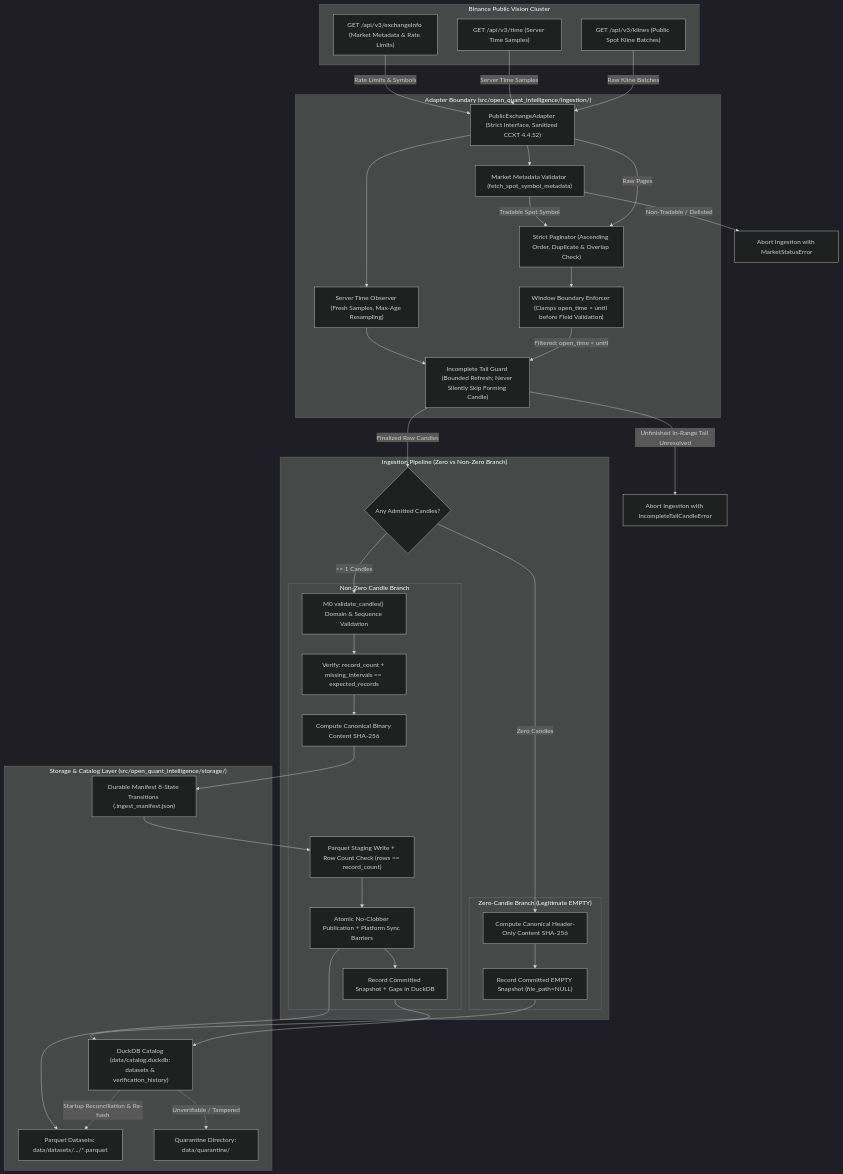
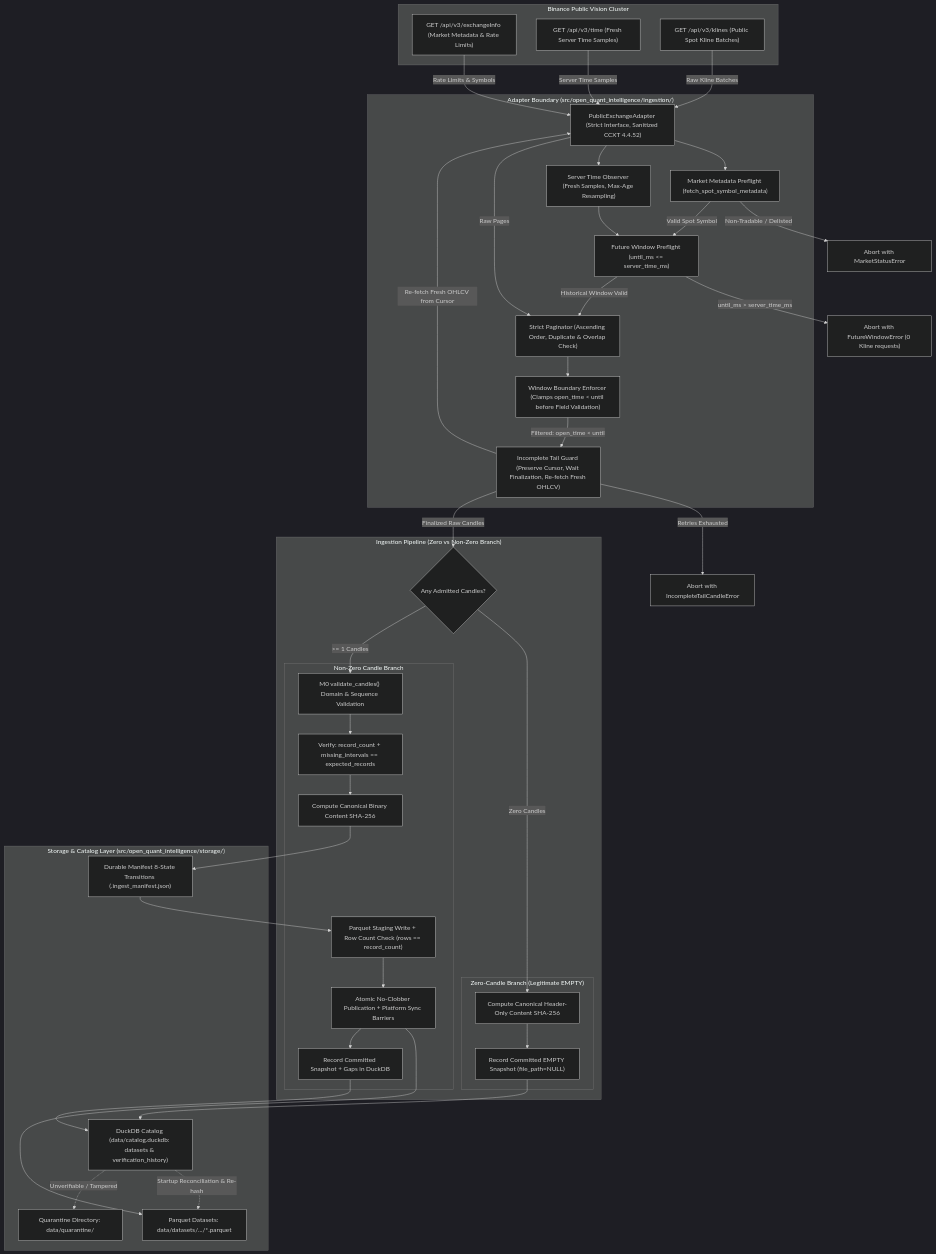
The diagram in docs/M1_ARCHITECTURE_PROPOSAL.md (jayp91131-sudo/open-quant-intelligence), drawn with Mermaid (dark theme) before and after one commit. The commit also changed other lines of this file, not shown here.

Commit message:
docs(m1): apply technical lead final corrections to architecture proposal

````diff
--- a/docs/M1_ARCHITECTURE_PROPOSAL.md
+++ b/docs/M1_ARCHITECTURE_PROPOSAL.md
@@ -124,72 +124,76 @@
 ```mermaid
 flowchart TD
     subgraph Binance_Vision["Binance Public Vision Cluster"]
         ExchangeInfo["GET /api/v3/exchangeInfo (Market Metadata & Rate Limits)"]
-        TimeAPI["GET /api/v3/time (Server Time Samples)"]
+        TimeAPI["GET /api/v3/time (Fresh Server Time Samples)"]
         API["GET /api/v3/klines (Public Spot Kline Batches)"]
     end
 
     subgraph Ingestion_Adapter["Adapter Boundary (src/open_quant_intelligence/ingestion/)"]
         Adapter["PublicExchangeAdapter (Strict Interface, Sanitized CCXT 4.4.52)"]
-        PreFlight["Market Metadata Validator (fetch_spot_symbol_metadata)"]
+        MarketPreflight["Market Metadata Preflight (fetch_spot_symbol_metadata)"]
+        WindowPreflight["Future Window Preflight (until_ms <= server_time_ms)"]
         ClockSync["Server Time Observer (Fresh Samples, Max-Age Resampling)"]
         Paginator["Strict Paginator (Ascending Order, Duplicate & Overlap Check)"]
         BoundaryFilter["Window Boundary Enforcer (Clamps open_time < until before Field Validation)"]
-        TailGuard["Incomplete Tail Guard (Bounded Refresh; Never Silently Skip Forming Candle)"]
+        TailRefetch["Incomplete Tail Guard (Preserve Cursor, Wait Finalization, Re-fetch Fresh OHLCV)"]
     end
 
     subgraph Pipeline_Branching["Ingestion Pipeline (Zero vs Non-Zero Branch)"]
         Decision{"Any Admitted Candles?"}
         
         subgraph Zero_Branch["Zero-Candle Branch (Legitimate EMPTY)"]
             EmptyDigest["Compute Canonical Header-Only Content SHA-256"]
             EmptyCatalog["Record Committed EMPTY Snapshot (file_path=NULL)"]
         end
         
         subgraph Non_Zero_Branch["Non-Zero Candle Branch"]
             M0Validator["M0 validate_candles() Domain & Sequence Validation"]
             QualityCheck["Verify: record_count + missing_intervals == expected_records"]
             DataDigest["Compute Canonical Binary Content SHA-256"]
             Staging["Parquet Staging Write + Row Count Check (rows == record_count)"]
             Publication["Atomic No-Clobber Publication + Platform Sync Barriers"]
             DataCatalog["Record Committed Snapshot + Gaps in DuckDB"]
         end
     end
 
     subgraph Storage_Catalog["Storage & Catalog Layer (src/open_quant_intelligence/storage/)"]
         ManifestManager["Durable Manifest 8-State Transitions (.ingest_manifest.json)"]
         DataFiles["Parquet Datasets: data/datasets/.../*.parquet"]
         DuckDBCatalog["DuckDB Catalog (data/catalog.duckdb: datasets & verification_history)"]
         Quarantine["Quarantine Directory: data/quarantine/"]
     end
 
     ExchangeInfo -->|Rate Limits & Symbols| Adapter
-    Adapter --> PreFlight
-    PreFlight -->|Non-Tradable / Delisted| HaltPre["Abort Ingestion with MarketStatusError"]
-    PreFlight -->|Tradable Spot Symbol| Paginator
+    Adapter --> MarketPreflight
+    MarketPreflight -->|Non-Tradable / Delisted| HaltPre["Abort with MarketStatusError"]
+    MarketPreflight -->|Valid Spot Symbol| WindowPreflight
     TimeAPI -->|Server Time Samples| Adapter
     Adapter --> ClockSync
-    ClockSync --> TailGuard
+    ClockSync --> WindowPreflight
+    WindowPreflight -->|until_ms > server_time_ms| HaltFuture["Abort with FutureWindowError (0 Kline requests)"]
+    WindowPreflight -->|Historical Window Valid| Paginator
     API -->|Raw Kline Batches| Adapter
     Adapter -->|Raw Pages| Paginator
     Paginator --> BoundaryFilter
-    BoundaryFilter -->|Filtered: open_time < until| TailGuard
-    TailGuard -->|Unfinished In-Range Tail Unresolved| AbortTail["Abort Ingestion with IncompleteTailCandleError"]
-    TailGuard -->|Finalized Raw Candles| Decision
+    BoundaryFilter -->|Filtered: open_time < until| TailRefetch
+    TailRefetch -->|Re-fetch Fresh OHLCV from Cursor| Adapter
+    TailRefetch -->|Retries Exhausted| AbortTail["Abort with IncompleteTailCandleError"]
+    TailRefetch -->|Finalized Raw Candles| Decision
     
     Decision -->|Zero Candles| EmptyDigest
     EmptyDigest --> EmptyCatalog
     EmptyCatalog --> DuckDBCatalog
     
     Decision -->|>= 1 Candles| M0Validator
     M0Validator --> QualityCheck
     QualityCheck --> DataDigest
     DataDigest --> ManifestManager
     ManifestManager --> Staging
     Staging --> Publication
     Publication --> DataFiles
     Publication --> DataCatalog
     DataCatalog --> DuckDBCatalog
     DuckDBCatalog -.->|Startup Reconciliation & Re-hash| DataFiles
     DuckDBCatalog -.->|Unverifiable / Tampered| Quarantine
 ```
````
